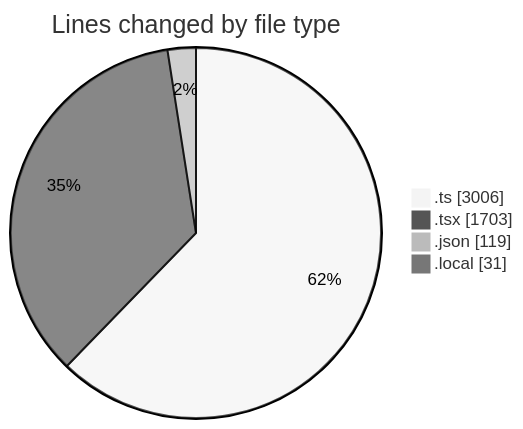
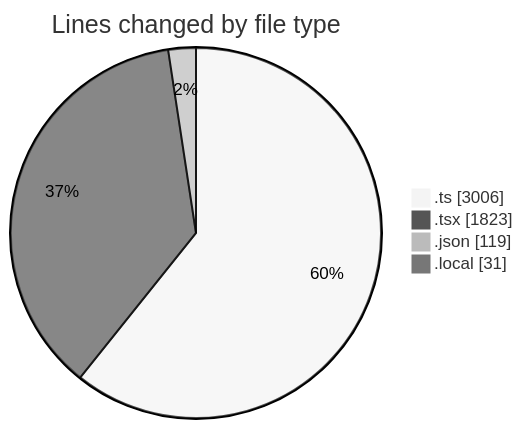
One commit to julien-gomy/code-tracking changed the first of 2 diagrams in 2025-11-10/eventscop-frontend-guide__workspace_/README.md. Above: the diagram before and after it, drawn with Mermaid (neutral theme). The commit also changed other lines of this file and 1 other file, not shown here.

````diff
--- a/2025-11-10/eventscop-frontend-guide__workspace_/README.md
+++ b/2025-11-10/eventscop-frontend-guide__workspace_/README.md
@@ -50,8 +51,8 @@
 ```mermaid
 pie showData
 title Lines changed by file type
 ".ts" : 3006
-".tsx" : 1703
+".tsx" : 1823
 ".json" : 119
 ".local" : 31
 ```
````
